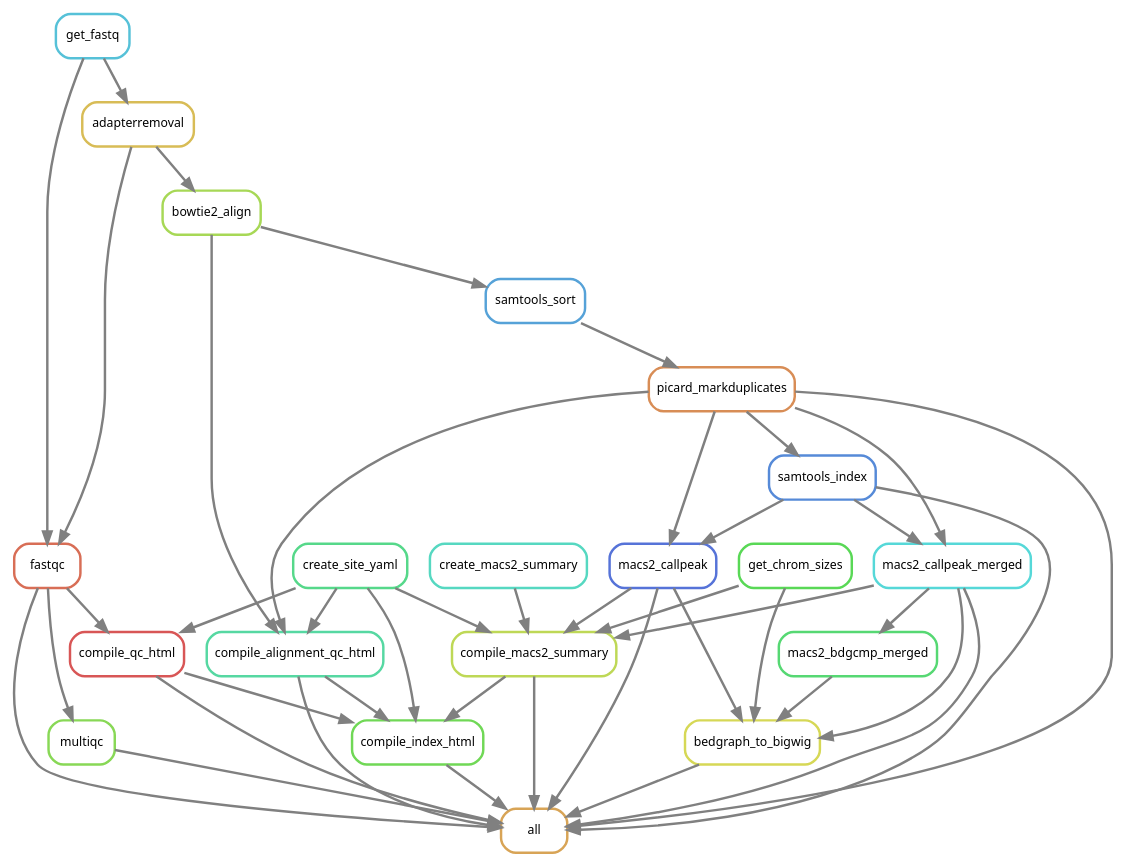
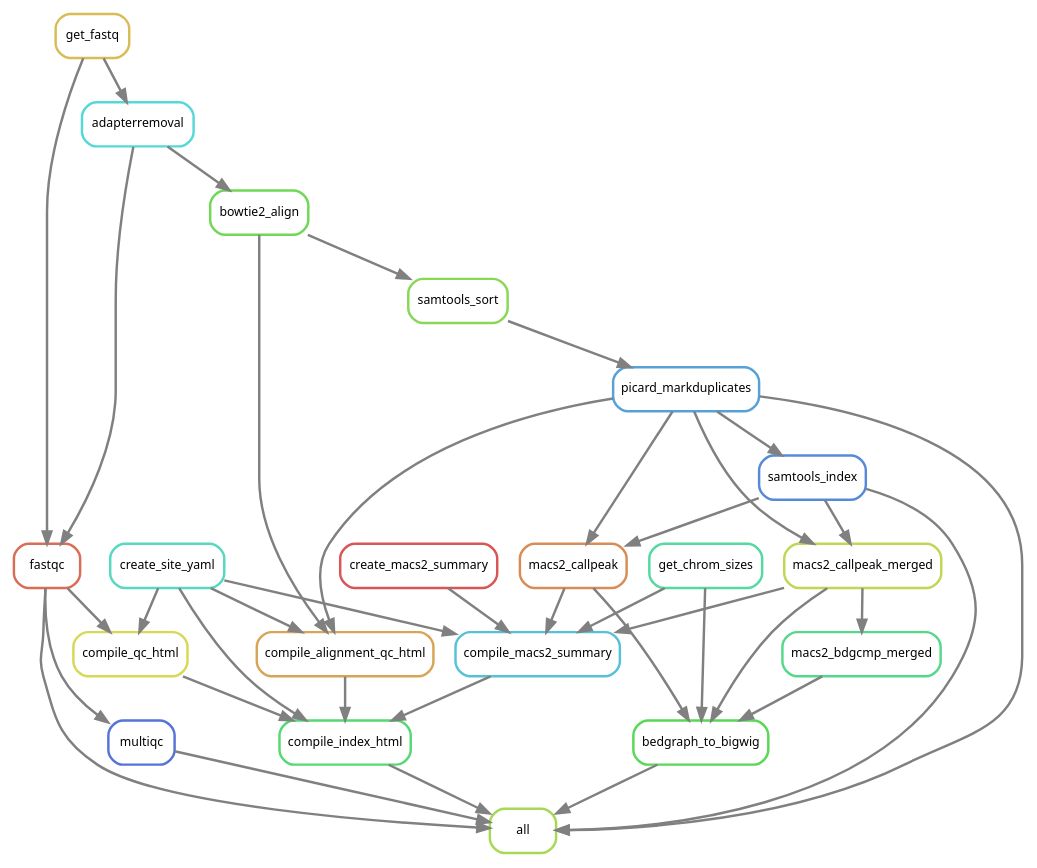
The diagram in workflow/rules/rulegraph.dot (smped/PRJNA509779), drawn with Graphviz before and after one commit. The commit also changed 1 other file, not shown here.

Commit message:
Tried simplifying inputs to rule: all

```diff
--- a/workflow/rules/rulegraph.dot
+++ b/workflow/rules/rulegraph.dot
@@ -1,67 +1,62 @@
 digraph snakemake_dag {
     graph[bgcolor=white, margin=0];
     node[shape=box, style=rounded, fontname=sans,                 fontsize=10, penwidth=2];
     edge[penwidth=2, color=grey];
-	0[label = "all", color = "0.10 0.6 0.85", style="rounded"];
+	0[label = "all", color = "0.23 0.6 0.85", style="rounded"];
 	1[label = "fastqc", color = "0.03 0.6 0.85", style="rounded"];
-	2[label = "get_fastq", color = "0.53 0.6 0.85", style="rounded"];
-	3[label = "adapterremoval", color = "0.13 0.6 0.85", style="rounded"];
-	4[label = "multiqc", color = "0.27 0.6 0.85", style="rounded"];
-	5[label = "picard_markduplicates", color = "0.07 0.6 0.85", style="rounded"];
-	6[label = "samtools_sort", color = "0.57 0.6 0.85", style="rounded"];
-	7[label = "bowtie2_align", color = "0.23 0.6 0.85", style="rounded"];
+	2[label = "get_fastq", color = "0.13 0.6 0.85", style="rounded"];
+	3[label = "adapterremoval", color = "0.50 0.6 0.85", style="rounded"];
+	4[label = "multiqc", color = "0.63 0.6 0.85", style="rounded"];
+	5[label = "picard_markduplicates", color = "0.57 0.6 0.85", style="rounded"];
+	6[label = "samtools_sort", color = "0.27 0.6 0.85", style="rounded"];
+	7[label = "bowtie2_align", color = "0.30 0.6 0.85", style="rounded"];
 	8[label = "samtools_index", color = "0.60 0.6 0.85", style="rounded"];
-	9[label = "macs2_callpeak", color = "0.63 0.6 0.85", style="rounded"];
-	10[label = "macs2_callpeak_merged", color = "0.50 0.6 0.85", style="rounded"];
-	11[label = "bedgraph_to_bigwig", color = "0.17 0.6 0.85", style="rounded"];
-	12[label = "get_chrom_sizes", color = "0.33 0.6 0.85", style="rounded"];
-	13[label = "macs2_bdgcmp_merged", color = "0.37 0.6 0.85", style="rounded"];
-	14[label = "compile_index_html", color = "0.30 0.6 0.85", style="rounded"];
-	15[label = "compile_macs2_summary", color = "0.20 0.6 0.85", style="rounded"];
-	16[label = "create_macs2_summary", color = "0.47 0.6 0.85", style="rounded"];
-	17[label = "create_site_yaml", color = "0.40 0.6 0.85", style="rounded"];
-	18[label = "compile_qc_html", color = "0.00 0.6 0.85", style="rounded"];
-	19[label = "compile_alignment_qc_html", color = "0.43 0.6 0.85", style="rounded"];
+	9[label = "bedgraph_to_bigwig", color = "0.33 0.6 0.85", style="rounded"];
+	10[label = "macs2_callpeak", color = "0.07 0.6 0.85", style="rounded"];
+	11[label = "get_chrom_sizes", color = "0.43 0.6 0.85", style="rounded"];
+	12[label = "macs2_callpeak_merged", color = "0.20 0.6 0.85", style="rounded"];
+	13[label = "macs2_bdgcmp_merged", color = "0.40 0.6 0.85", style="rounded"];
+	14[label = "compile_index_html", color = "0.37 0.6 0.85", style="rounded"];
+	15[label = "compile_macs2_summary", color = "0.53 0.6 0.85", style="rounded"];
+	16[label = "create_macs2_summary", color = "0.00 0.6 0.85", style="rounded"];
+	17[label = "create_site_yaml", color = "0.47 0.6 0.85", style="rounded"];
+	18[label = "compile_qc_html", color = "0.17 0.6 0.85", style="rounded"];
+	19[label = "compile_alignment_qc_html", color = "0.10 0.6 0.85", style="rounded"];
 	1 -> 0
-	5 -> 0
-	11 -> 0
-	18 -> 0
-	10 -> 0
-	15 -> 0
-	8 -> 0
-	19 -> 0
-	4 -> 0
 	9 -> 0
 	14 -> 0
+	5 -> 0
+	8 -> 0
+	4 -> 0
+	2 -> 1
 	3 -> 1
-	2 -> 1
 	2 -> 3
 	1 -> 4
 	6 -> 5
 	7 -> 6
 	3 -> 7
 	5 -> 8
-	5 -> 9
-	8 -> 9
+	12 -> 9
+	11 -> 9
+	13 -> 9
+	10 -> 9
 	5 -> 10
 	8 -> 10
-	10 -> 11
-	9 -> 11
-	12 -> 11
-	13 -> 11
-	10 -> 13
+	5 -> 12
+	8 -> 12
+	12 -> 13
+	18 -> 14
+	15 -> 14
 	17 -> 14
-	15 -> 14
-	18 -> 14
 	19 -> 14
+	16 -> 15
+	17 -> 15
+	10 -> 15
 	12 -> 15
-	17 -> 15
-	9 -> 15
-	16 -> 15
-	10 -> 15
+	11 -> 15
 	1 -> 18
 	17 -> 18
+	7 -> 19
 	5 -> 19
 	17 -> 19
-	7 -> 19
 }            
```
